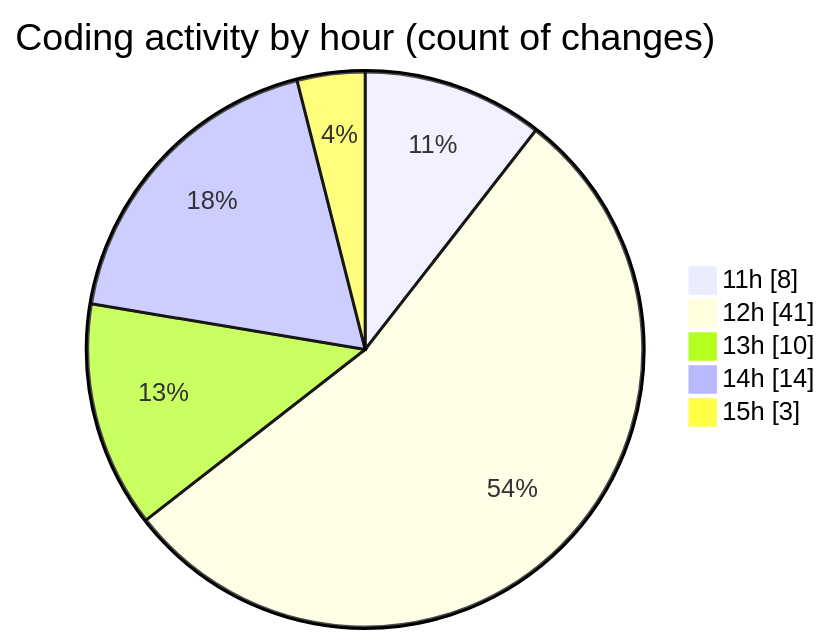
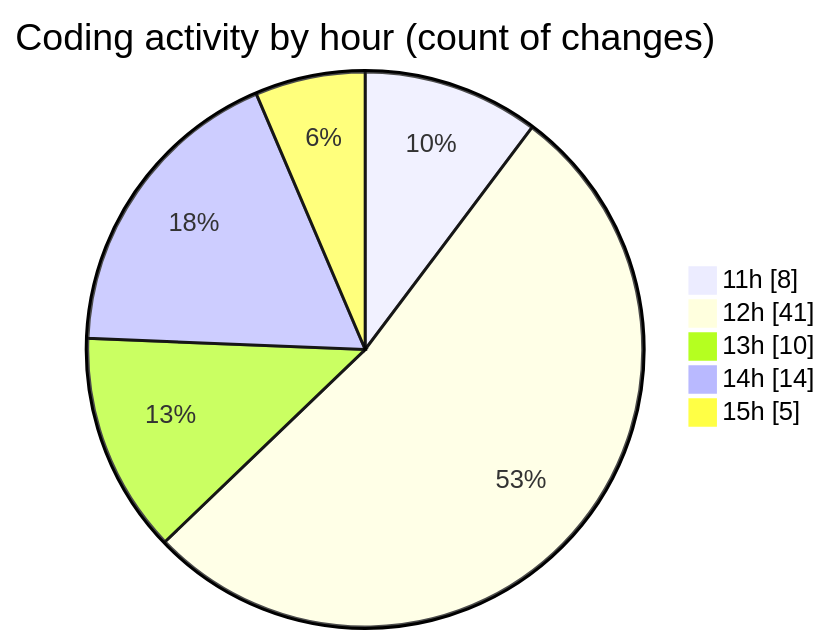
The second of 2 diagrams in 2025-05-04/project/README.md (BS-eng2023/code-tracking), drawn with Mermaid before and after one commit. The commit also changed other lines of this file and 1 other file, not shown here.

````diff
--- a/2025-05-04/project/README.md
+++ b/2025-05-04/project/README.md
@@ -50,9 +50,9 @@
 ```mermaid
 pie showData
 title Coding activity by hour (count of changes)
 "11h" : 8
 "12h" : 41
 "13h" : 10
 "14h" : 14
-"15h" : 3
+"15h" : 5
 ```
````
